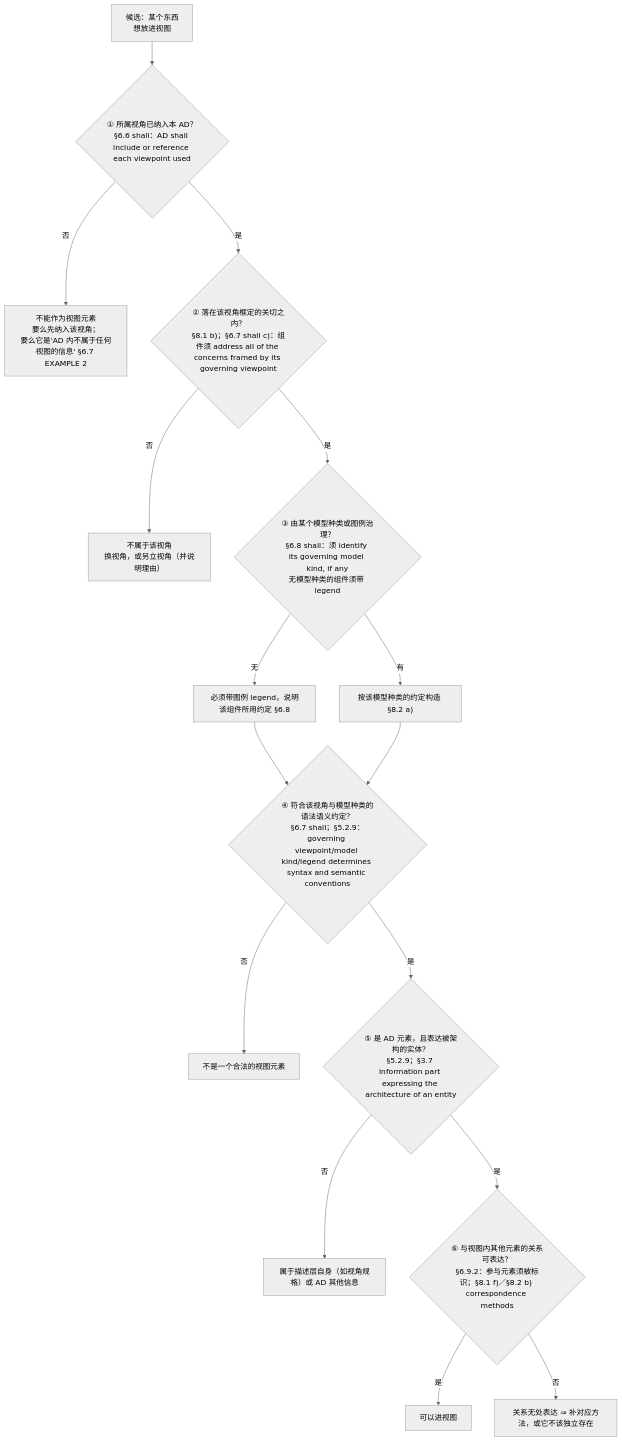
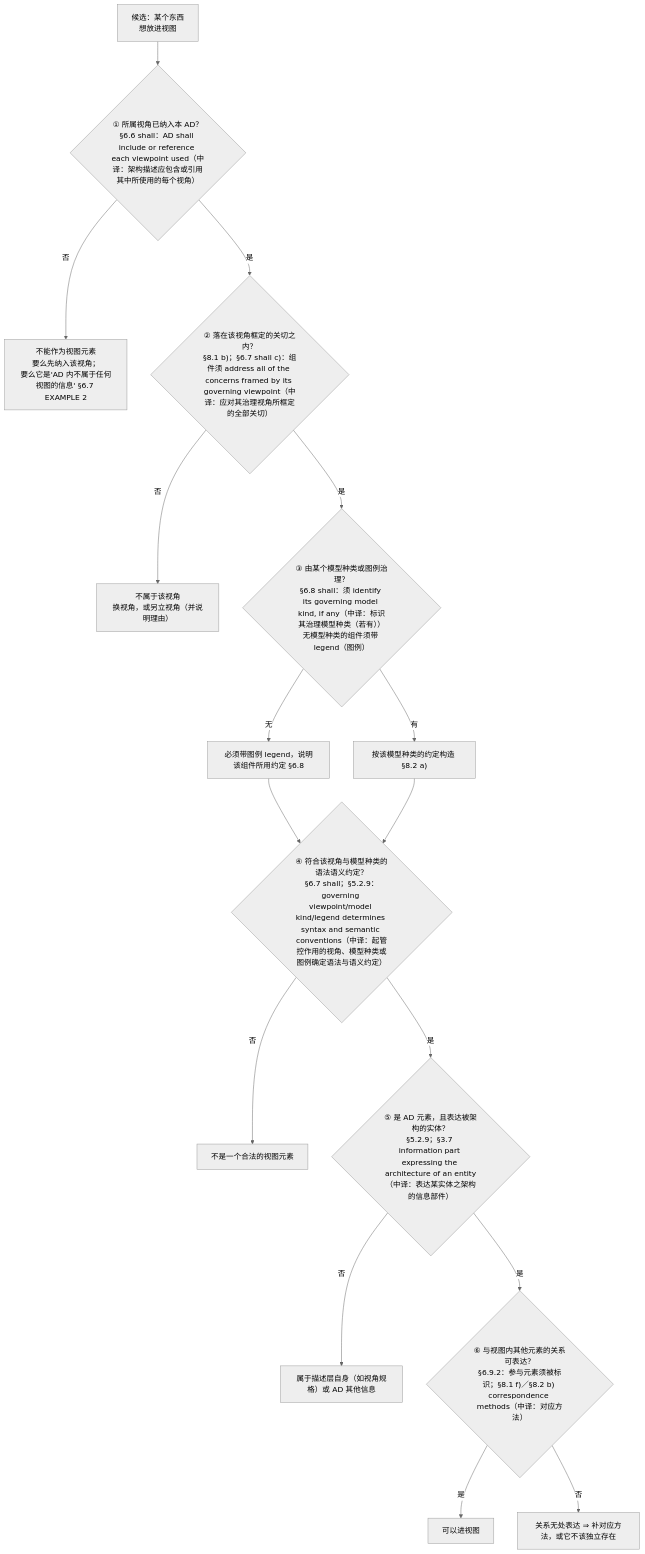
Before and after one commit to Yongjunzhou/AOS-system-design: the ninth of 9 diagrams in 100-subprojects/01-系统工程研究/00-系统工程相关研究报告/35-架构定义与视图设计研究报告-从意义目的到产品数据与四案例.md, drawn with Mermaid (neutral theme). The commit also changed other lines of this file, not shown here.

First line of the commit message:
教材侧·35 号补中译：报告 35 号升 v1.5（273 处「（中译：…）」＋19 个缩写首现全称＋7 幅 mermaid 补译）

````diff
--- a/100-subprojects/01-系统工程研究/00-系统工程相关研究报告/35-架构定义与视图设计研究报告-从意义目的到产品数据与四案例.md
+++ b/100-subprojects/01-系统工程研究/00-系统工程相关研究报告/35-架构定义与视图设计研究报告-从意义目的到产品数据与四案例.md
@@ -1015,18 +1016,18 @@
 ```mermaid
 flowchart TD
-    E["候选：某个东西<br/>想放进视图"] --> C1{"① 所属视角已纳入本 AD？<br/>§6.6 shall：AD shall include or reference each viewpoint used"}
+    E["候选：某个东西<br/>想放进视图"] --> C1{"① 所属视角已纳入本 AD？<br/>§6.6 shall：AD shall include or reference each viewpoint used（中译：架构描述应包含或引用其中所使用的每个视角）"}
     C1 -->|否| X1["不能作为视图元素<br/>要么先纳入该视角；<br/>要么它是'AD 内不属于任何视图的信息' §6.7 EXAMPLE 2"]
-    C1 -->|是| C2{"② 落在该视角框定的关切之内？<br/>§8.1 b)；§6.7 shall c)：组件须 address all of the concerns framed by its governing viewpoint"}
+    C1 -->|是| C2{"② 落在该视角框定的关切之内？<br/>§8.1 b)；§6.7 shall c)：组件须 address all of the concerns framed by its governing viewpoint（中译：应对其治理视角所框定的全部关切）"}
     C2 -->|否| X2["不属于该视角<br/>换视角，或另立视角（并说明理由）"]
-    C2 -->|是| C3{"③ 由某个模型种类或图例治理？<br/>§6.8 shall：须 identify its governing model kind, if any<br/>无模型种类的组件须带 legend"}
+    C2 -->|是| C3{"③ 由某个模型种类或图例治理？<br/>§6.8 shall：须 identify its governing model kind, if any（中译：标识其治理模型种类（若有））<br/>无模型种类的组件须带 legend（图例）"}
     C3 -->|无| C4["必须带图例 legend，说明该组件所用约定 §6.8"]
     C3 -->|有| C5["按该模型种类的约定构造 §8.2 a)"]
-    C4 --> C6{"④ 符合该视角与模型种类的语法语义约定？<br/>§6.7 shall；§5.2.9：governing viewpoint/model kind/legend determines syntax and semantic conventions"}
+    C4 --> C6{"④ 符合该视角与模型种类的语法语义约定？<br/>§6.7 shall；§5.2.9：governing viewpoint/model kind/legend determines syntax and semantic conventions（中译：起管控作用的视角、模型种类或图例确定语法与语义约定）"}
     C5 --> C6
     C6 -->|否| X3["不是一个合法的视图元素"]
-    C6 -->|是| C7{"⑤ 是 AD 元素，且表达被架构的实体？<br/>§5.2.9；§3.7 information part expressing the architecture of an entity"}
+    C6 -->|是| C7{"⑤ 是 AD 元素，且表达被架构的实体？<br/>§5.2.9；§3.7 information part expressing the architecture of an entity（中译：表达某实体之架构的信息部件）"}
     C7 -->|否| X4["属于描述层自身（如视角规格）或 AD 其他信息"]
-    C7 -->|是| C8{"⑥ 与视图内其他元素的关系可表达？<br/>§6.9.2：参与元素须被标识；§8.1 f)／§8.2 b) correspondence methods"}
+    C7 -->|是| C8{"⑥ 与视图内其他元素的关系可表达？<br/>§6.9.2：参与元素须被标识；§8.1 f)／§8.2 b) correspondence methods（中译：对应方法）"}
     C8 -->|是| OK["可以进视图"]
     C8 -->|否| X5["关系无处表达 ⇒ 补对应方法，或它不该独立存在"]
 ```
````
